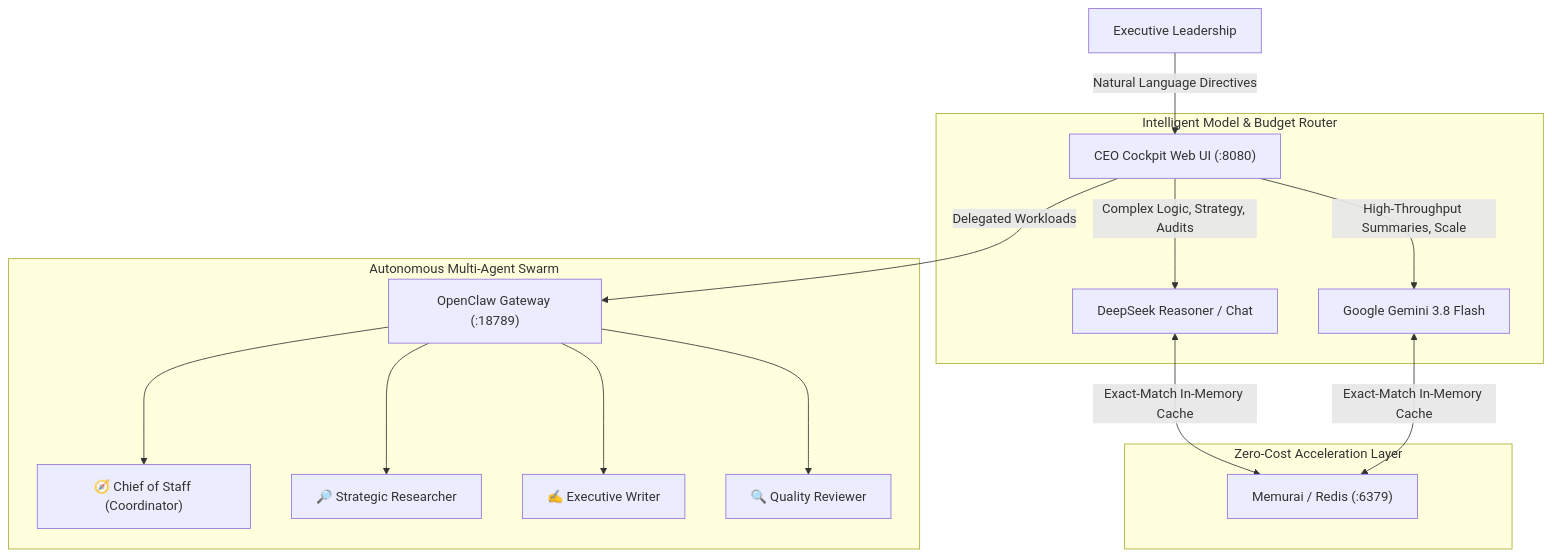
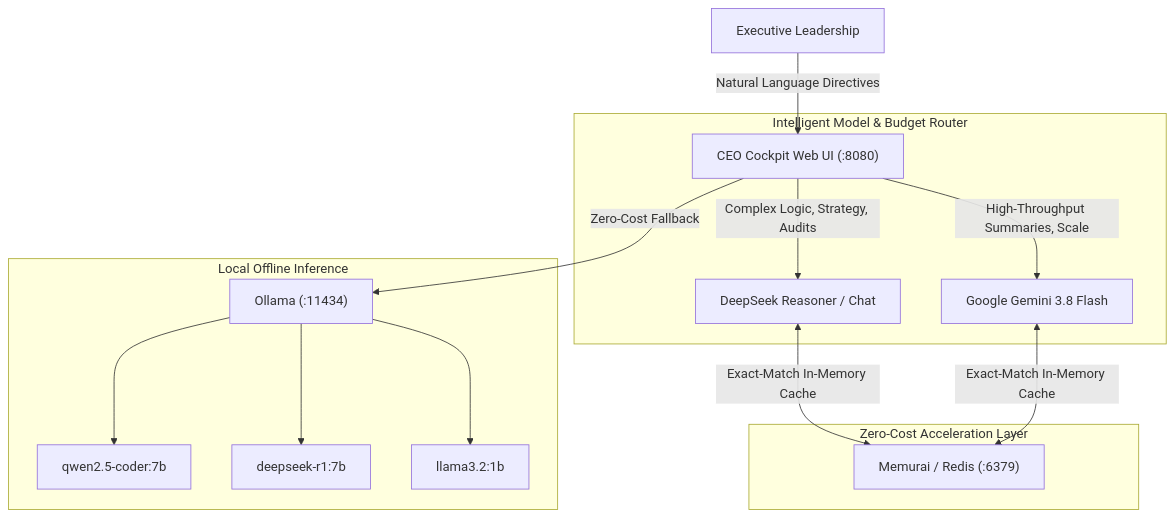
One commit to intellibitz/archives changed the diagram in ceo-cockpit/README.md. Above: the diagram before and after it, drawn with Mermaid. The commit also changed other lines of this file and 17 other files, not shown here.

First line of the commit message:
feat: remove the OpenClaw integration and wire local routes to Ollama

````diff
--- a/ceo-cockpit/README.md
+++ b/ceo-cockpit/README.md
@@ -18,21 +17,20 @@
 ```mermaid
 graph TD
     CEO["Executive Leadership"] -->|Natural Language Directives| Cockpit["CEO Cockpit Web UI (:8080)"]
     
     subgraph "Intelligent Model & Budget Router"
         Cockpit -->|Complex Logic, Strategy, Audits| DeepSeek["DeepSeek Reasoner / Chat"]
         Cockpit -->|High-Throughput Summaries, Scale| Gemini["Google Gemini 3.8 Flash"]
     end
     
     subgraph "Zero-Cost Acceleration Layer"
         DeepSeek & Gemini <-->|Exact-Match In-Memory Cache| Redis["Memurai / Redis (:6379)"]
     end
     
-    subgraph "Autonomous Multi-Agent Swarm"
-        Cockpit -->|Delegated Workloads| OpenClaw["OpenClaw Gateway (:18789)"]
-        OpenClaw --> CoS["🧭 Chief of Staff (Coordinator)"]
-        OpenClaw --> Res["🔎 Strategic Researcher"]
-        OpenClaw --> Wri["✍️ Executive Writer"]
-        OpenClaw --> Rev["🔍 Quality Reviewer"]
+    subgraph "Local Offline Inference"
+        Cockpit -->|Zero-Cost Fallback| Ollama["Ollama (:11434)"]
+        Ollama --> Coder["qwen2.5-coder:7b"]
+        Ollama --> Reasoner["deepseek-r1:7b"]
+        Ollama --> Llama["llama3.2:1b"]
     end
 ```
````
